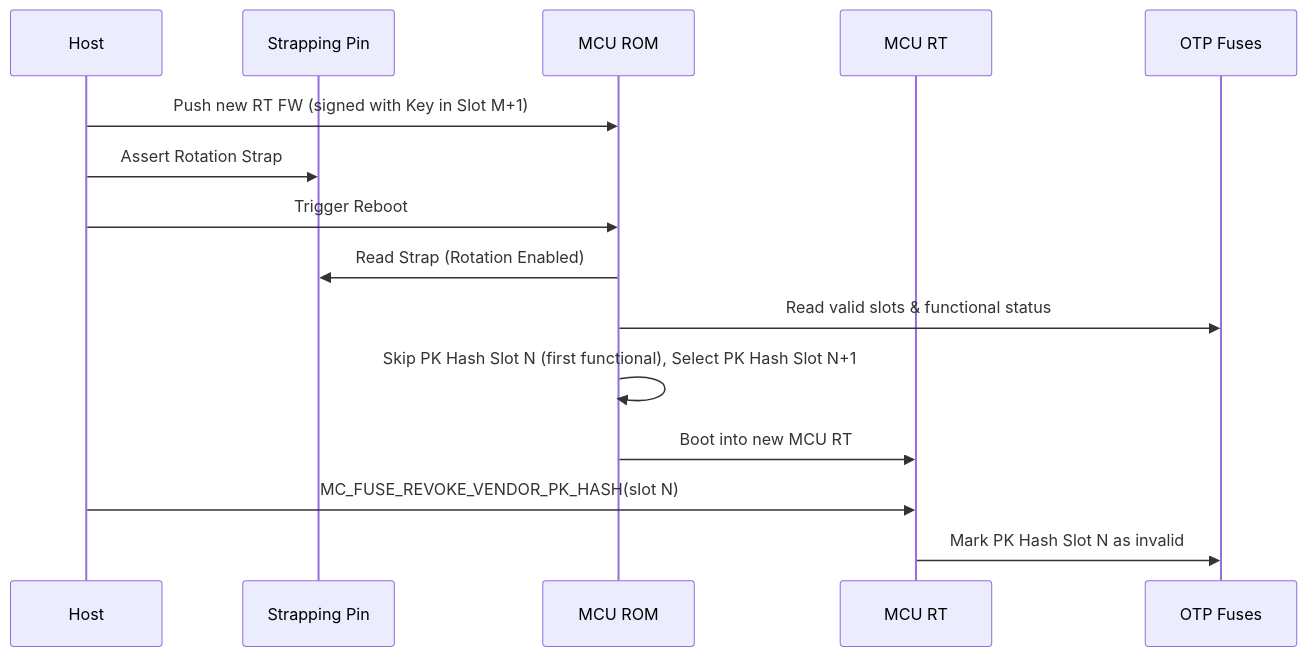
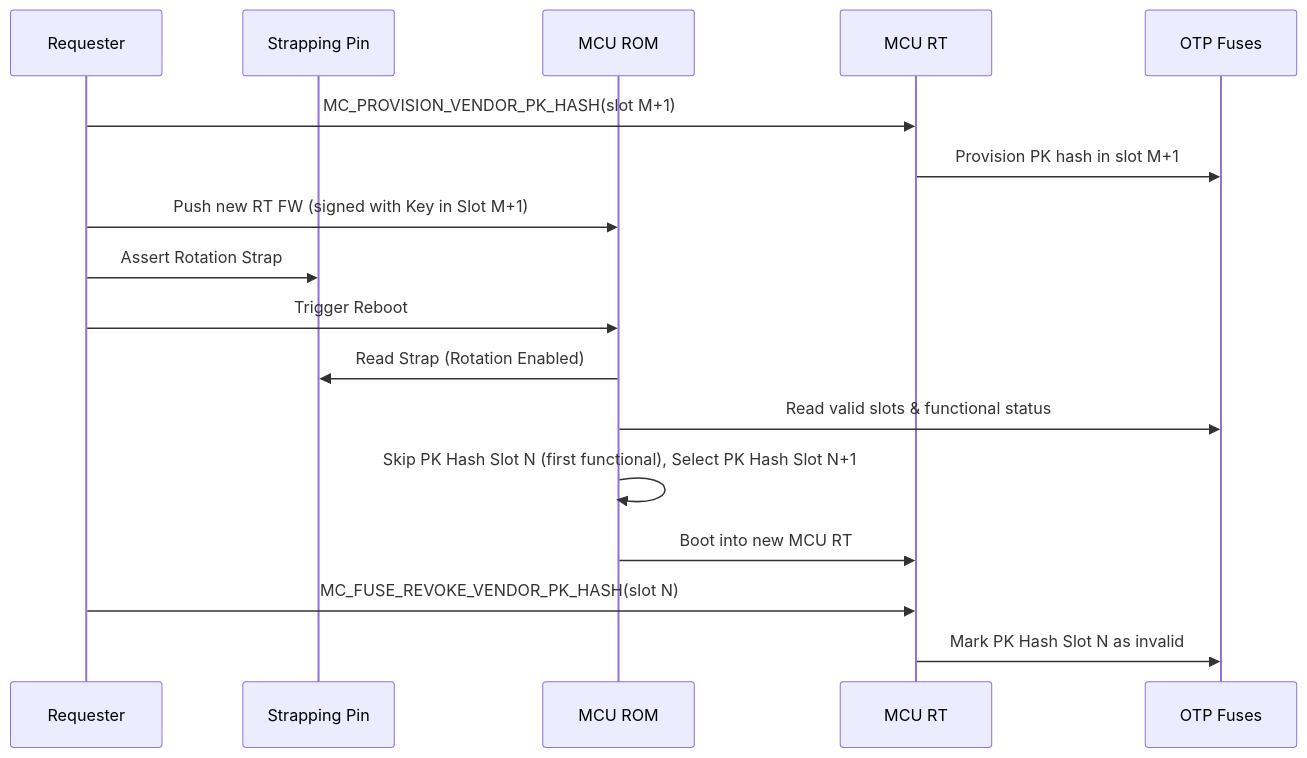
One commit to chipsalliance/caliptra-mcu-sw changed the second of 2 diagrams in docs/src/integrator-guide.md. Above: the diagram before and after it, drawn with Mermaid. The commit also changed other lines of this file, not shown here.

````diff
--- a/docs/src/integrator-guide.md
+++ b/docs/src/integrator-guide.md
@@ -177,18 +410,20 @@
 ```mermaid
 sequenceDiagram
-    participant Host
+    participant Requester
     participant Strapping as Strapping Pin
     participant MCU_ROM as MCU ROM
     participant MCU_RT as MCU RT
     participant Fuses as OTP Fuses
     
-    Host->>MCU_ROM: Push new RT FW (signed with Key in Slot M+1)
-    Host->>Strapping: Assert Rotation Strap
-    Host->>MCU_ROM: Trigger Reboot
+    Requester->>MCU_RT: MC_PROVISION_VENDOR_PK_HASH(slot M+1)
+    MCU_RT->>Fuses: Provision PK hash in slot M+1
+    Requester->>MCU_ROM: Push new RT FW (signed with Key in Slot M+1)
+    Requester->>Strapping: Assert Rotation Strap
+    Requester->>MCU_ROM: Trigger Reboot
     MCU_ROM->>Strapping: Read Strap (Rotation Enabled)
     MCU_ROM->>Fuses: Read valid slots & functional status
     MCU_ROM->>MCU_ROM: Skip PK Hash Slot N (first functional), Select PK Hash Slot N+1
     MCU_ROM->>MCU_RT: Boot into new MCU RT
-    Host->>MCU_RT: MC_FUSE_REVOKE_VENDOR_PK_HASH(slot N)
+    Requester->>MCU_RT: MC_FUSE_REVOKE_VENDOR_PK_HASH(slot N)
     MCU_RT->>Fuses: Mark PK Hash Slot N as invalid
 ```
````
